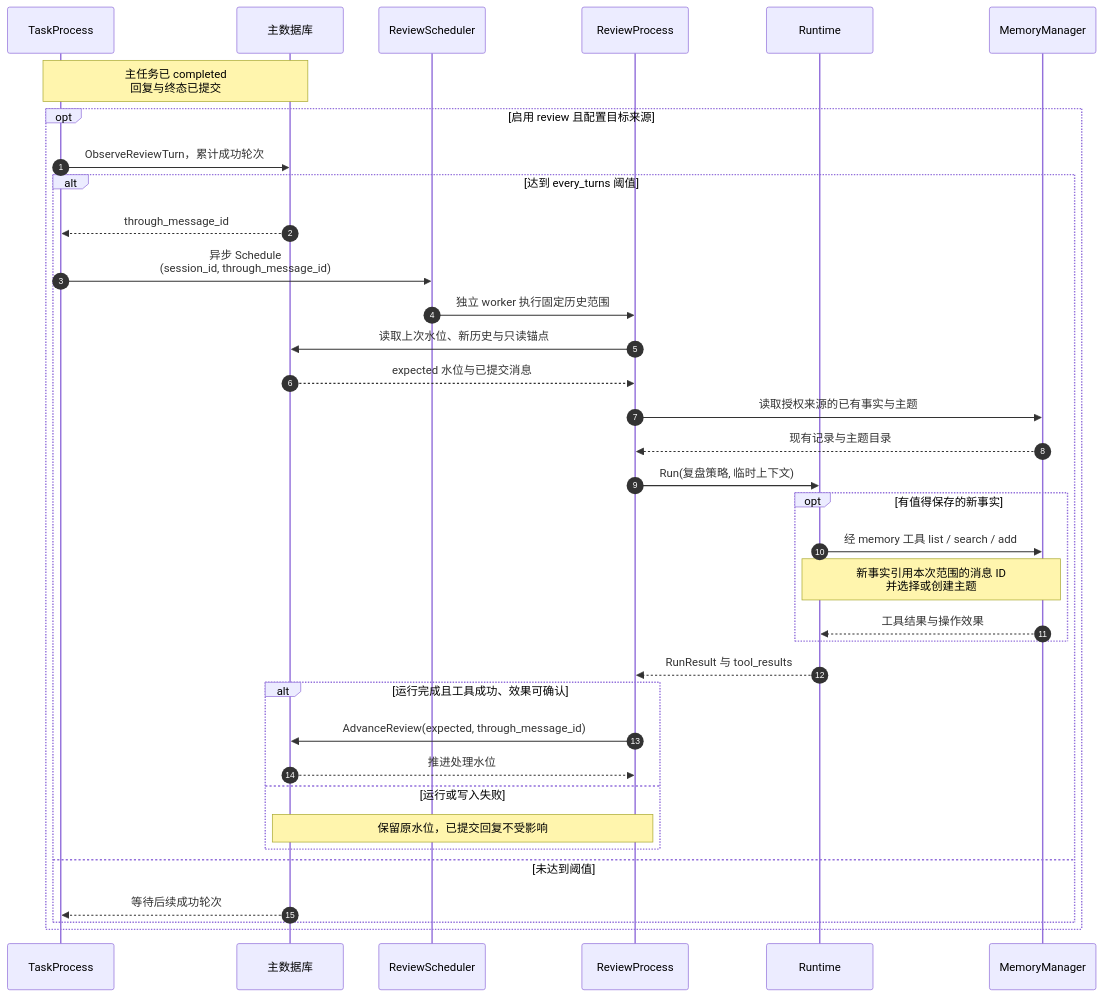
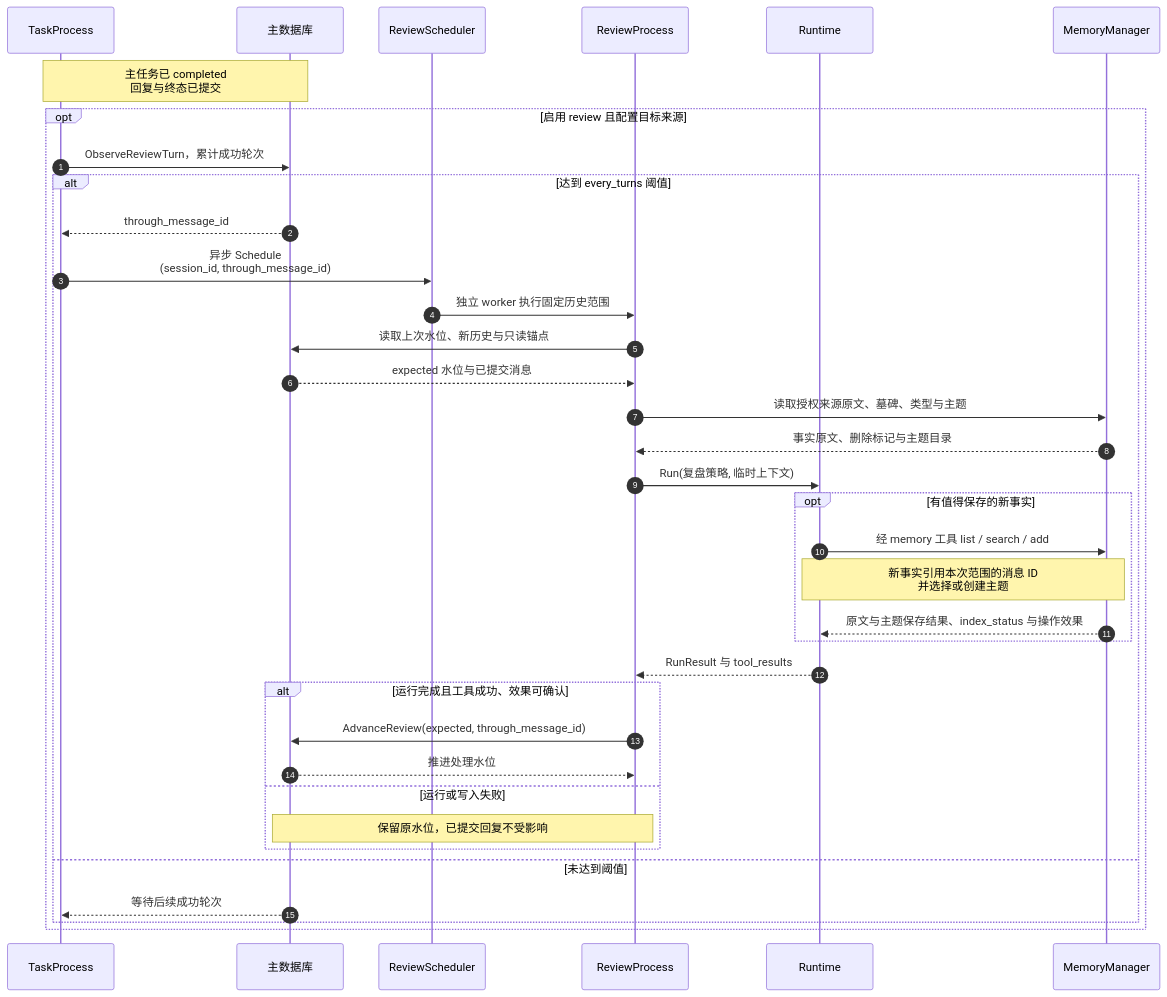
Before and after one commit to Lophyads/FunAgent: the fourth of 6 diagrams in README.md, drawn with Mermaid. The commit also changed other lines of this file, not shown here.

Commit message:
feat(memory): 更新 Cognee 复盘配置与权限管理说明

````diff
--- a/README.md
+++ b/README.md
@@ -249,39 +249,39 @@
 ```mermaid
 sequenceDiagram
     autonumber
     participant Task as TaskProcess
     participant DB as 主数据库
     participant Scheduler as ReviewScheduler
     participant Review as ReviewProcess
     participant Runtime as Runtime
     participant Memory as MemoryManager
 
     Note over Task,DB: 主任务已 completed<br/>回复与终态已提交
     opt 启用 review 且配置目标来源
         Task->>DB: ObserveReviewTurn，累计成功轮次
         alt 达到 every_turns 阈值
             DB-->>Task: through_message_id
             Task->>Scheduler: 异步 Schedule<br/>(session_id, through_message_id)
             Scheduler->>Review: 独立 worker 执行固定历史范围
             Review->>DB: 读取上次水位、新历史与只读锚点
             DB-->>Review: expected 水位与已提交消息
-            Review->>Memory: 读取授权来源的已有事实与主题
-            Memory-->>Review: 现有记录与主题目录
+            Review->>Memory: 读取授权来源原文、墓碑、类型与主题
+            Memory-->>Review: 事实原文、删除标记与主题目录
             Review->>Runtime: Run(复盘策略, 临时上下文)
             opt 有值得保存的新事实
                 Runtime->>Memory: 经 memory 工具 list / search / add
                 Note over Runtime,Memory: 新事实引用本次范围的消息 ID<br/>并选择或创建主题
-                Memory-->>Runtime: 工具结果与操作效果
+                Memory-->>Runtime: 原文与主题保存结果、index_status 与操作效果
             end
             Runtime-->>Review: RunResult 与 tool_results
             alt 运行完成且工具成功、效果可确认
                 Review->>DB: AdvanceReview(expected, through_message_id)
                 DB-->>Review: 推进处理水位
             else 运行或写入失败
                 Note over Review,DB: 保留原水位，已提交回复不受影响
             end
         else 未达到阈值
             DB-->>Task: 等待后续成功轮次
         end
     end
 ```
````
